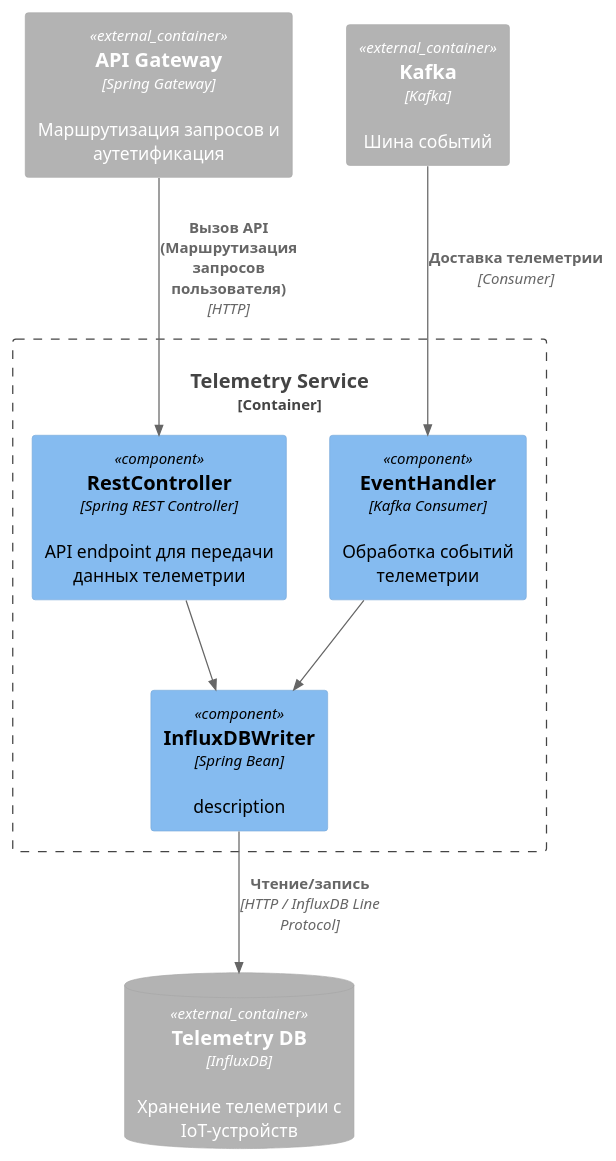
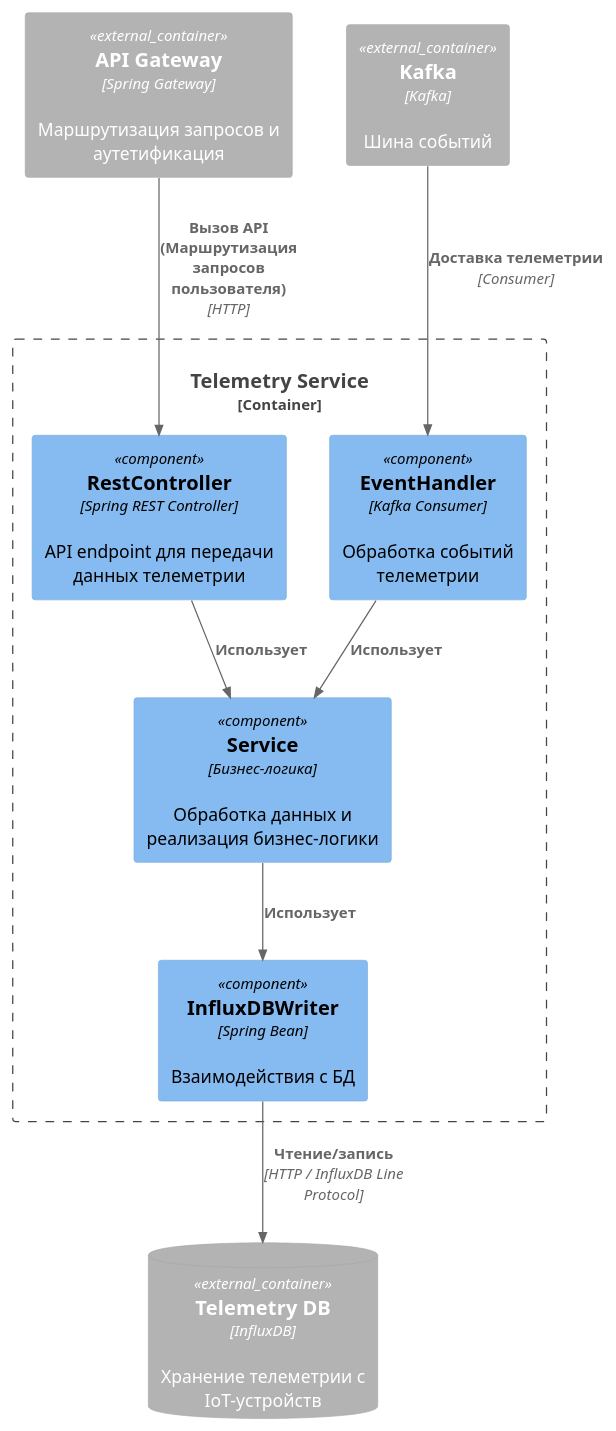
The diagram in schemas/components/telemetry_service/components_telemetryservice.plantuml (Maksina/Yandex-Practicum---Project-1), drawn with PlantUML before and after one commit. The commit also changed 4 other files, not shown here.

Commit message:
Сервис управления устройствами - диаграмма компонентов C4

```diff
--- a/schemas/components/telemetry_service/components_telemetryservice.plantuml
+++ b/schemas/components/telemetry_service/components_telemetryservice.plantuml
@@ -1,22 +1,24 @@
 @startuml components
 
 !include  https://raw.githubusercontent.com/plantuml-stdlib/C4-PlantUML/master/C4_Component.puml
 
 Container_Ext(apigw, "API Gateway", "Spring Gateway", "Маршрутизация запросов и аутетификация")
 
 Container_Boundary(telemetryservice, "Telemetry Service"){
     Component(controller, "RestController", "Spring REST Controller", "API endpoint для передачи данных телеметрии")
     Component(handler, "EventHandler", "Kafka Consumer", "Обработка событий телеметрии")
-    Component(dbwriter, "InfluxDBWriter", "Spring Bean", "description")
+    Component(service, "Service", "Бизнес-логика", "Обработка данных и реализация бизнес-логики")
+    Component(dbwriter, "InfluxDBWriter", "Spring Bean", "Взаимодействия с БД")
 }
 
 ContainerDb_Ext(telemetrydb, "Telemetry DB", "InfluxDB", "Хранение телеметрии с IoT-устройств")
 Container_Ext(kafka, "Kafka", "Kafka", "Шина событий")
 
 Rel(apigw, controller, "Вызов API (Маршрутизация запросов пользователя)", "HTTP")
 Rel(kafka, handler, "Доставка телеметрии", "Consumer")
-Rel(controller, dbwriter, "")
-Rel(handler, dbwriter, "")
+Rel(controller, service, "Использует")
+Rel(handler, service, "Использует")
+Rel(service, dbwriter, "Использует")
 Rel(dbwriter, telemetrydb, "Чтение/запись", "HTTP / InfluxDB Line Protocol")
 
 @enduml 
```
